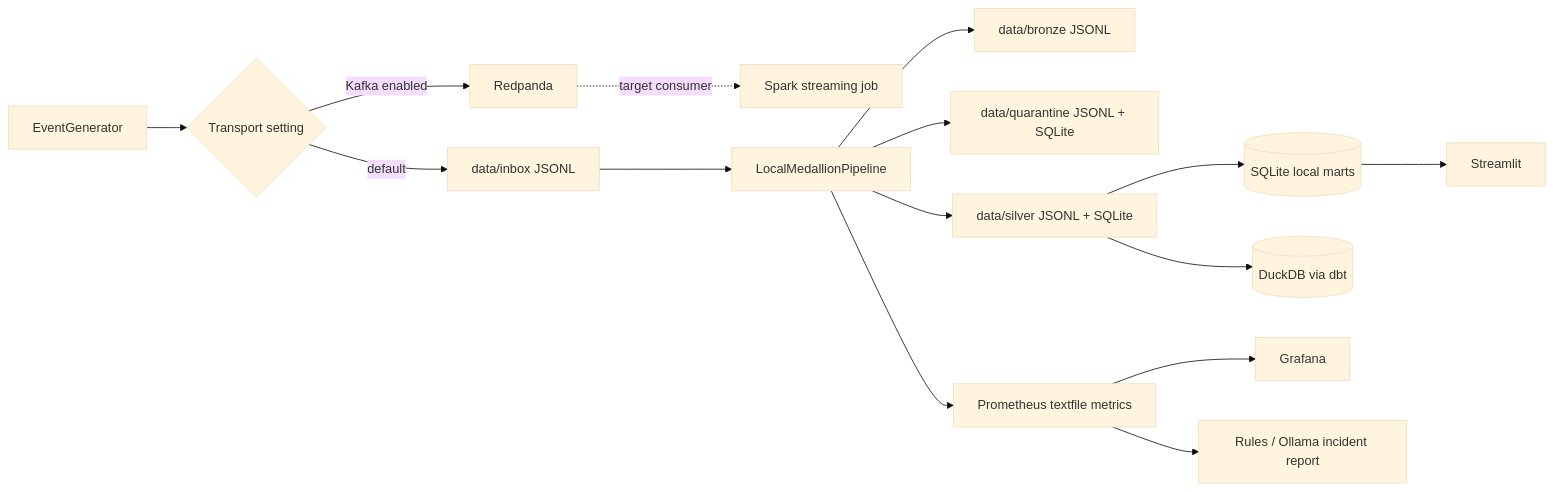
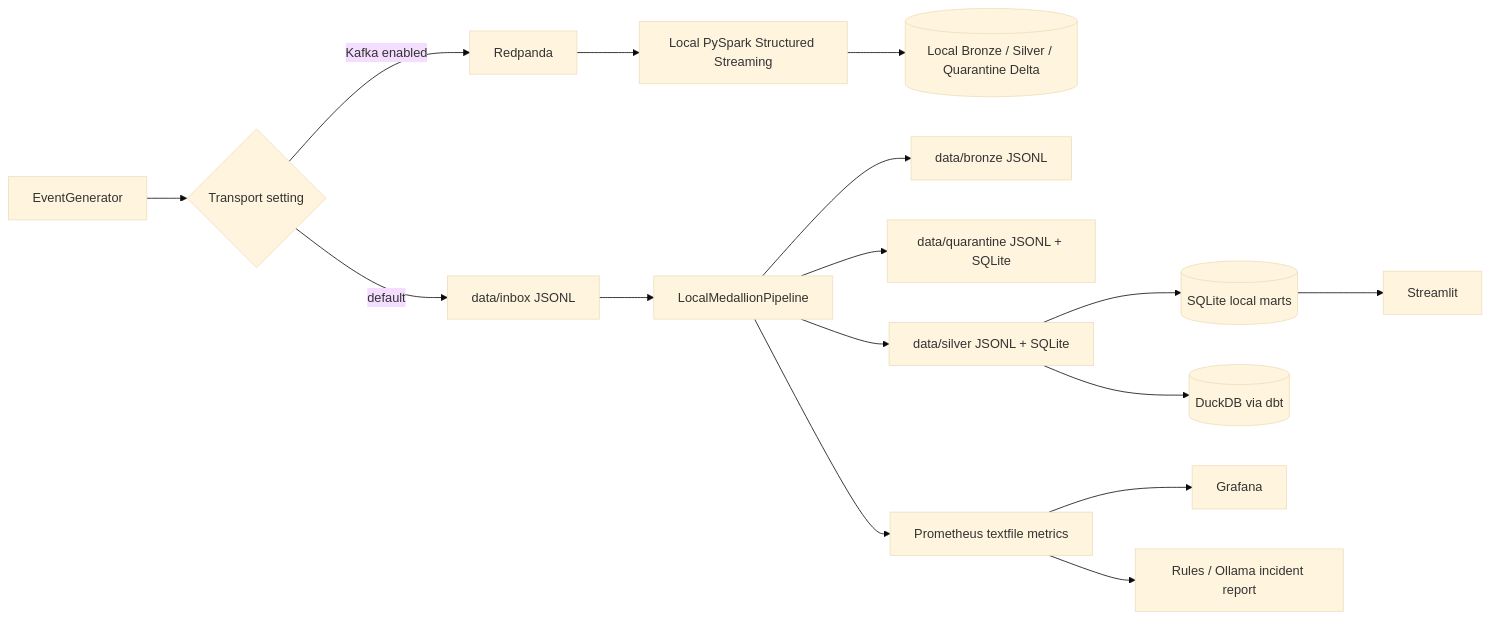
Before and after one commit to PK-999/retailpulse: the second of 4 diagrams in docs/architecture.md, drawn with Mermaid (base theme). The commit also changed other lines of this file and 41 other files, not shown here.

````diff
--- a/docs/architecture.md
+++ b/docs/architecture.md
@@ -53,17 +53,18 @@
 ```mermaid
 flowchart LR
     GEN[EventGenerator] --> SINK{Transport setting}
     SINK -->|default| INBOX[data/inbox JSONL]
     SINK -->|Kafka enabled| RP[Redpanda]
-    RP -. target consumer .-> SPARK[Spark streaming job]
+    RP --> SPARK[Local PySpark Structured Streaming]
+    SPARK --> DELTA[(Local Bronze / Silver / Quarantine Delta)]
     INBOX --> PROC[LocalMedallionPipeline]
     PROC --> B[data/bronze JSONL]
     PROC --> Q[data/quarantine JSONL + SQLite]
     PROC --> S[data/silver JSONL + SQLite]
     S --> SQLITE[(SQLite local marts)]
     S --> DUCK[(DuckDB via dbt)]
     SQLITE --> UI[Streamlit]
     PROC --> MET[Prometheus textfile metrics]
     MET --> GRAF[Grafana]
     MET --> INC[Rules / Ollama incident report]
 ```
````
